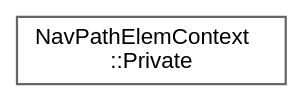
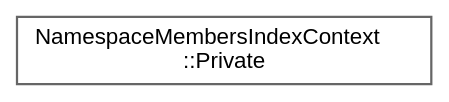
Before and after one commit to tim-gromeyer/doxygen: the diagram in inherit_graph_566.dot, drawn with Graphviz. The commit also changed 3612 other files, not shown here.

```diff
--- a/inherit_graph_566.dot
+++ b/inherit_graph_566.dot
@@ -1,10 +1,10 @@
 digraph "Graphical Class Hierarchy"
 {
  // INTERACTIVE_SVG=YES
  // LATEX_PDF_SIZE
   bgcolor="transparent";
   edge [fontname=Helvetica,fontsize=10,labelfontname=Helvetica,labelfontsize=10];
   node [fontname=Helvetica,fontsize=10,shape=box,height=0.2,width=0.4];
   rankdir="LR";
-  Node0 [label="NavPathElemContext\l::Private",height=0.2,width=0.4,color="grey40", fillcolor="white", style="filled",URL="$de/d0e/class_nav_path_elem_context_1_1_private.html",tooltip=" "];
+  Node0 [label="NamespaceMembersIndexContext\l::Private",height=0.2,width=0.4,color="grey40", fillcolor="white", style="filled",URL="$df/dba/class_namespace_members_index_context_1_1_private.html",tooltip=" "];
 }
```
